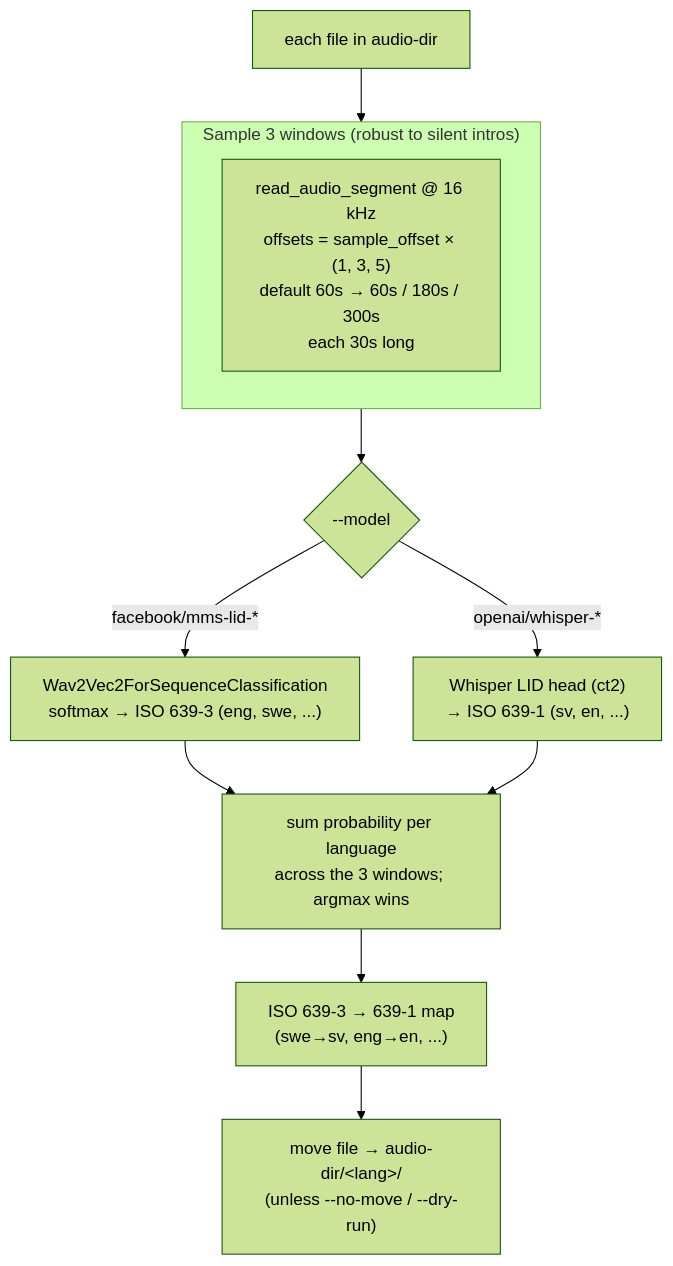
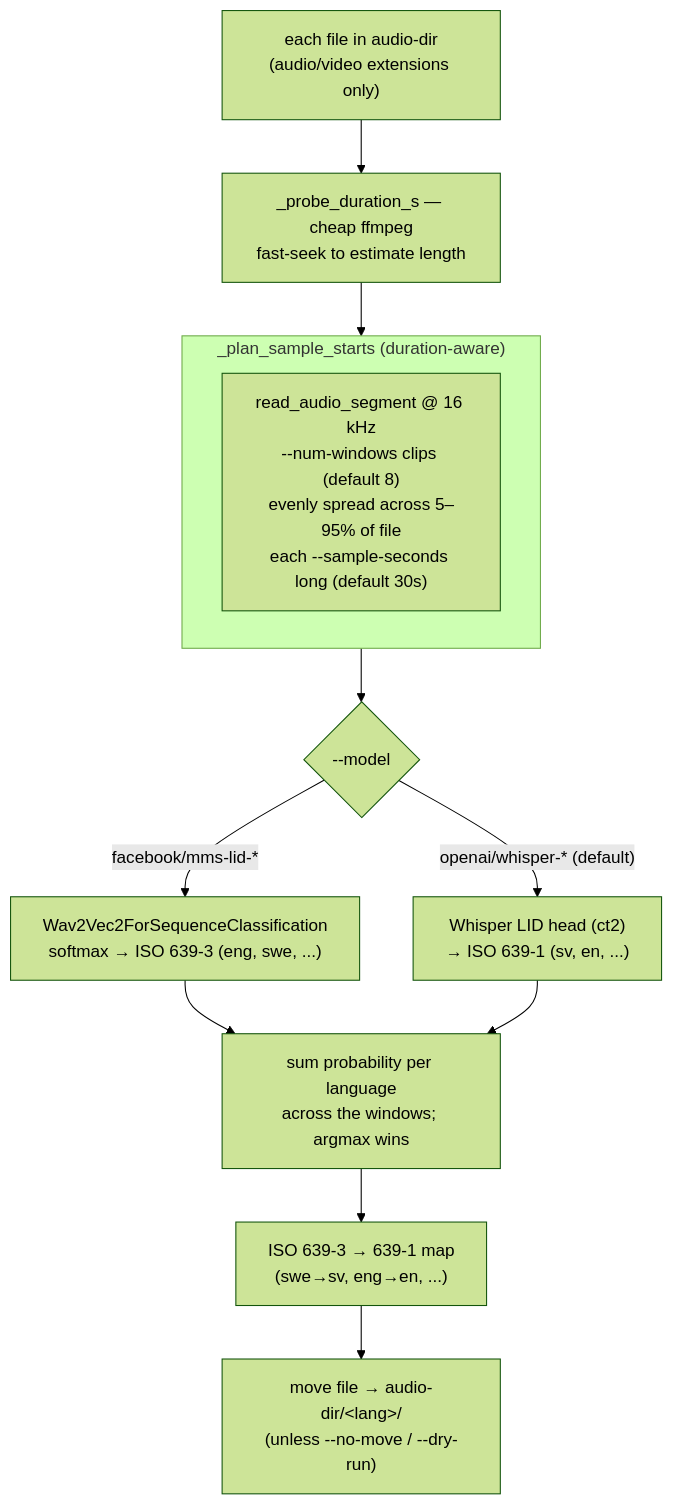
The second of 4 diagrams in docs/PIPELINE.md (Borg93/lance-audio-demo), drawn with Mermaid (forest theme) before and after one commit. The commit also changed other lines of this file and 17 other files, not shown here.

````diff
--- a/docs/PIPELINE.md
+++ b/docs/PIPELINE.md
@@ -128,14 +130,15 @@
 ```mermaid
 flowchart TD
-    F["each file in audio-dir"] --> SMP
-    subgraph SMP["Sample 3 windows (robust to silent intros)"]
-        O["read_audio_segment @ 16 kHz<br/>offsets = sample_offset × (1, 3, 5)<br/>default 60s → 60s / 180s / 300s<br/>each 30s long"]
+    F["each file in audio-dir<br/>(audio/video extensions only)"] --> DUR
+    DUR["_probe_duration_s — cheap ffmpeg<br/>fast-seek to estimate length"] --> SMP
+    subgraph SMP["_plan_sample_starts (duration-aware)"]
+        O["read_audio_segment @ 16 kHz<br/>--num-windows clips (default 8)<br/>evenly spread across 5–95% of file<br/>each --sample-seconds long (default 30s)"]
     end
     SMP --> CLS{"--model"}
     CLS -->|"facebook/mms-lid-*"| MMS["Wav2Vec2ForSequenceClassification<br/>softmax → ISO 639-3 (eng, swe, ...)"]
-    CLS -->|"openai/whisper-*"| WHI["Whisper LID head (ct2)<br/>→ ISO 639-1 (sv, en, ...)"]
+    CLS -->|"openai/whisper-* (default)"| WHI["Whisper LID head (ct2)<br/>→ ISO 639-1 (sv, en, ...)"]
     MMS --> VOTE
     WHI --> VOTE
-    VOTE["sum probability per language<br/>across the 3 windows; argmax wins"] --> MAP["ISO 639-3 → 639-1 map<br/>(swe→sv, eng→en, ...)"]
+    VOTE["sum probability per language<br/>across the windows; argmax wins"] --> MAP["ISO 639-3 → 639-1 map<br/>(swe→sv, eng→en, ...)"]
     MAP --> MV["move file → audio-dir/&lt;lang&gt;/<br/>(unless --no-move / --dry-run)"]
 ```
````
